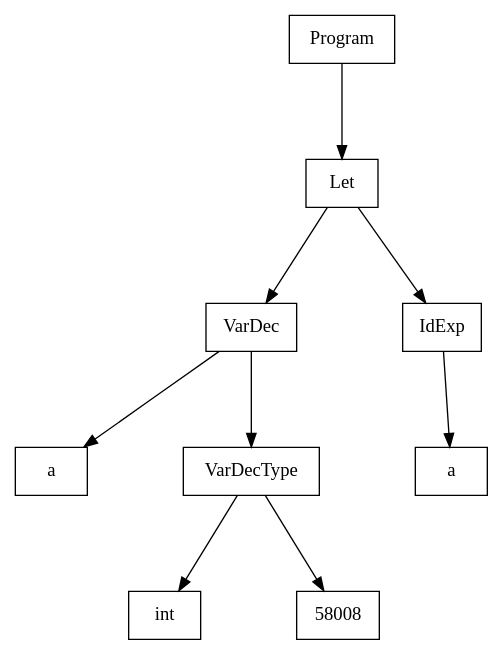
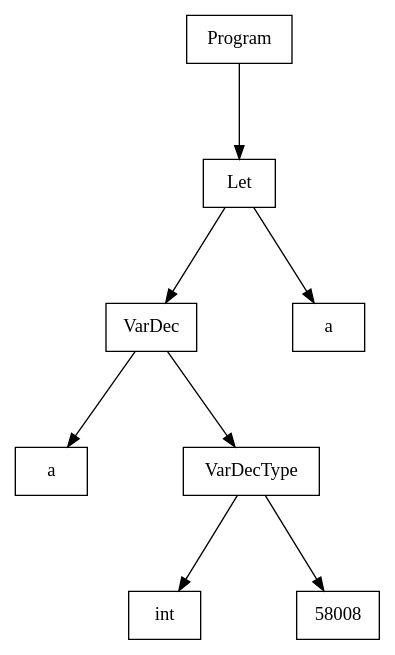
One commit to BigBaz54/Tiger_compiler changed the diagram in out/tree.dot. Above: the diagram before and after it, drawn with Graphviz. The commit also changed 1 other file, not shown here.

```diff
--- a/out/tree.dot
+++ b/out/tree.dot
@@ -1,24 +1,22 @@
 digraph "ast"{
 
 	nodesep=1;
 	ranksep=1;
 
 	N1 [label="Let", shape="box"];
 	N2 [label="VarDec", shape="box"];
 	N3 [label="a", shape="box"];
 	N4 [label="VarDecType", shape="box"];
 	N5 [label="int", shape="box"];
 	N6 [label="58008", shape="box"];
-	N7 [label="IdExp", shape="box"];
-	N8 [label="a", shape="box"];
+	N7 [label="a", shape="box"];
 	N0 [label="Program", shape="box"];
 
 	N4 -> N5; 
 	N4 -> N6; 
 	N2 -> N3; 
 	N2 -> N4; 
 	N1 -> N2; 
-	N7 -> N8; 
 	N1 -> N7; 
 	N0 -> N1; 
 }
```
